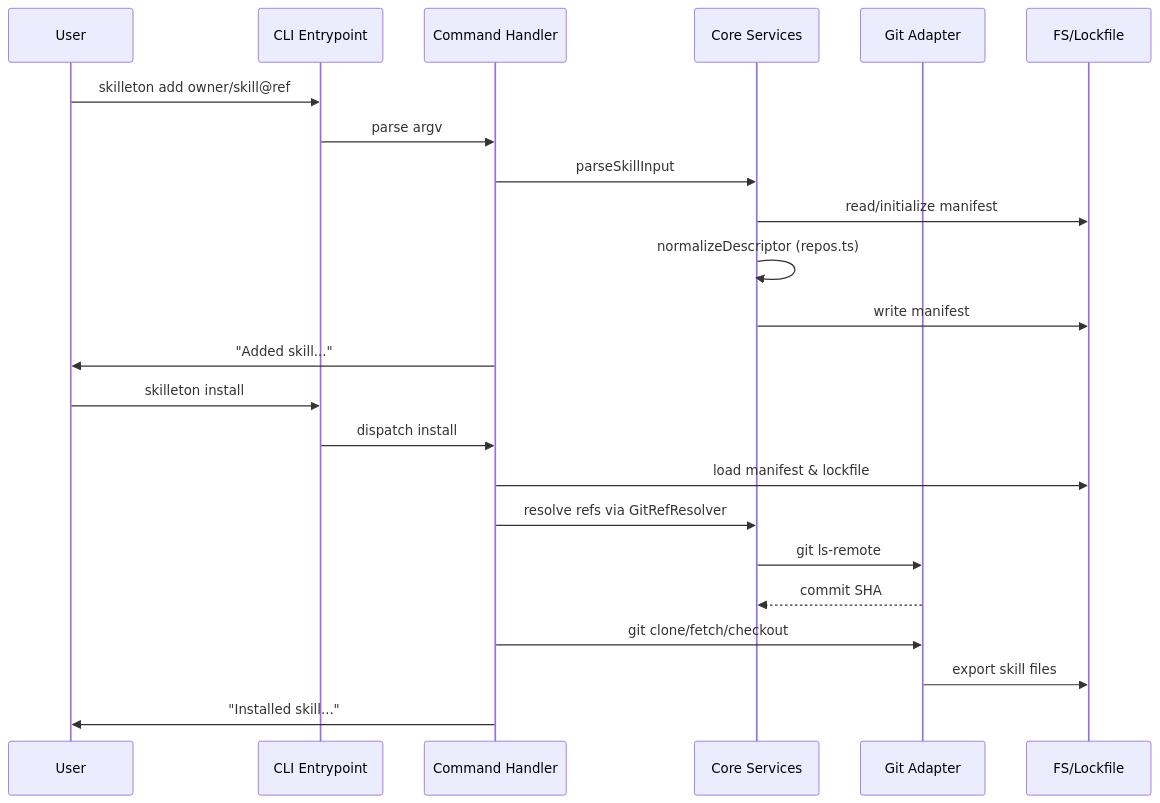
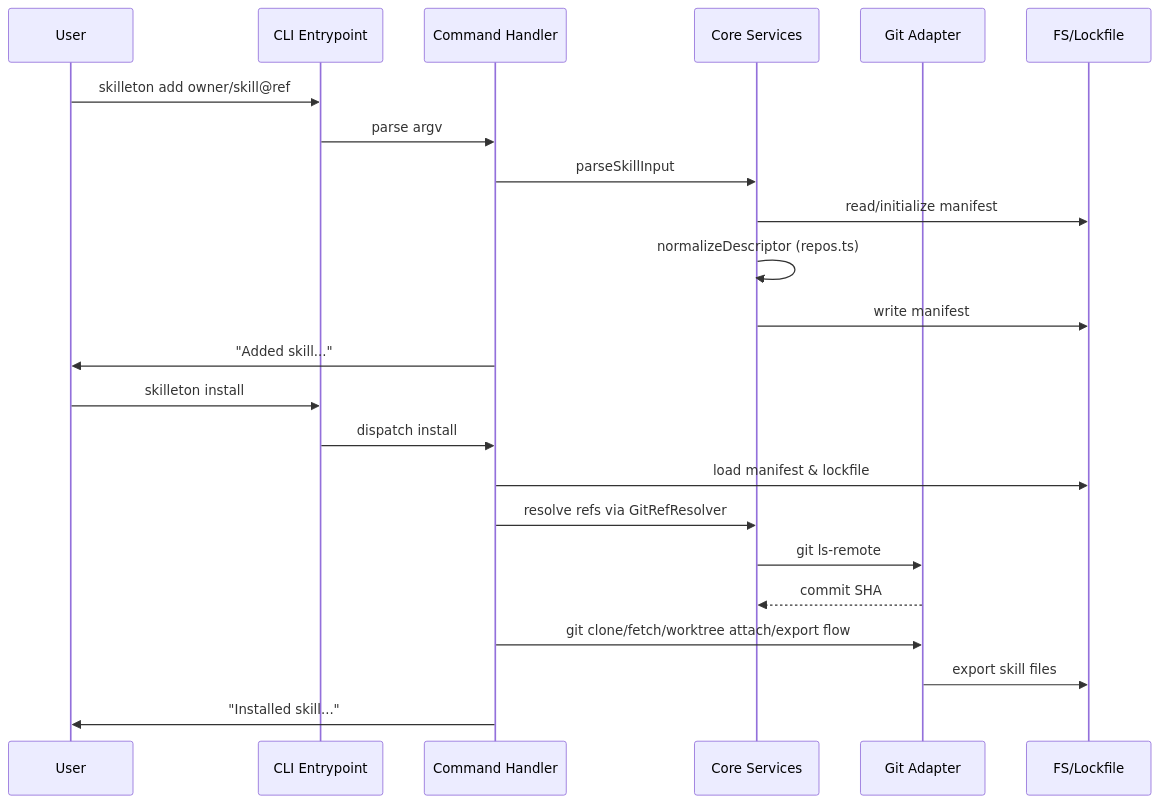
One commit to Fcmam5/skilleton changed the second of 3 diagrams in docs/architecture.md. Above: the diagram before and after it, drawn with Mermaid. The commit also changed other lines of this file and 4 other files, not shown here.

````diff
--- a/docs/architecture.md
+++ b/docs/architecture.md
@@ -36,26 +36,26 @@
 ```mermaid
 sequenceDiagram
   participant User
   participant CLI as CLI Entrypoint
   participant Cmd as Command Handler
   participant Core as Core Services
   participant Adapt as Git Adapter
   participant FS as FS/Lockfile
 
   User->>CLI: skilleton add owner/skill@ref
   CLI->>Cmd: parse argv
   Cmd->>Core: parseSkillInput
   Core->>FS: read/initialize manifest
   Core->>Core: normalizeDescriptor (repos.ts)
   Core->>FS: write manifest
   Cmd->>User: "Added skill..."
   User->>CLI: skilleton install
   CLI->>Cmd: dispatch install
   Cmd->>FS: load manifest & lockfile
   Cmd->>Core: resolve refs via GitRefResolver
   Core->>Adapt: git ls-remote
   Adapt-->>Core: commit SHA
-  Cmd->>Adapt: git clone/fetch/checkout
+  Cmd->>Adapt: git clone/fetch/worktree attach/export flow
   Adapt->>FS: export skill files
   Cmd->>User: "Installed skill..."
 ```
````
